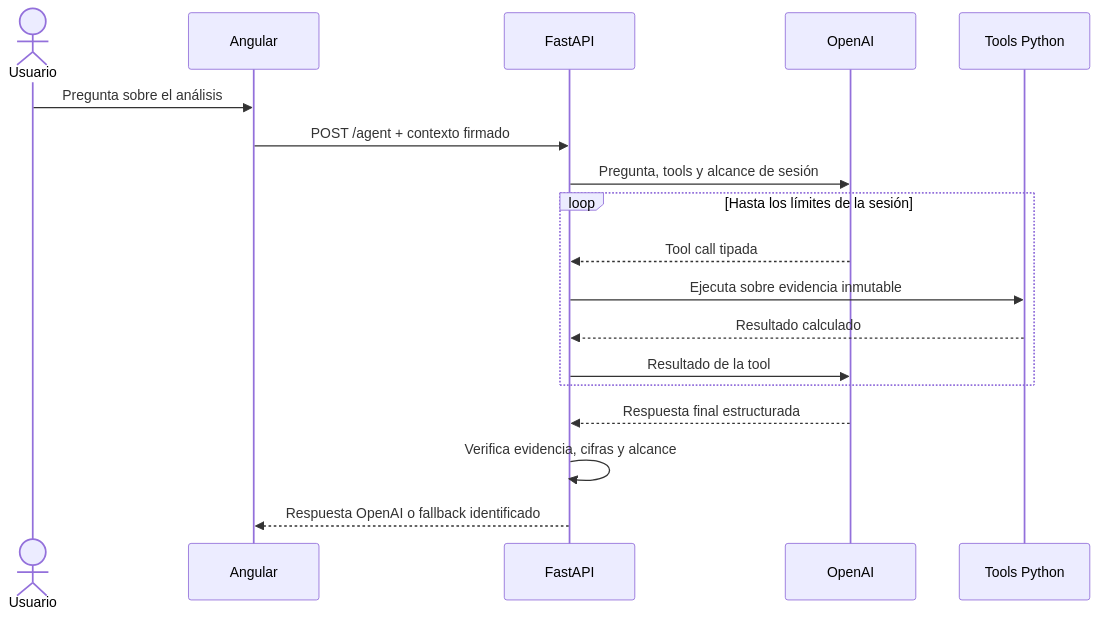
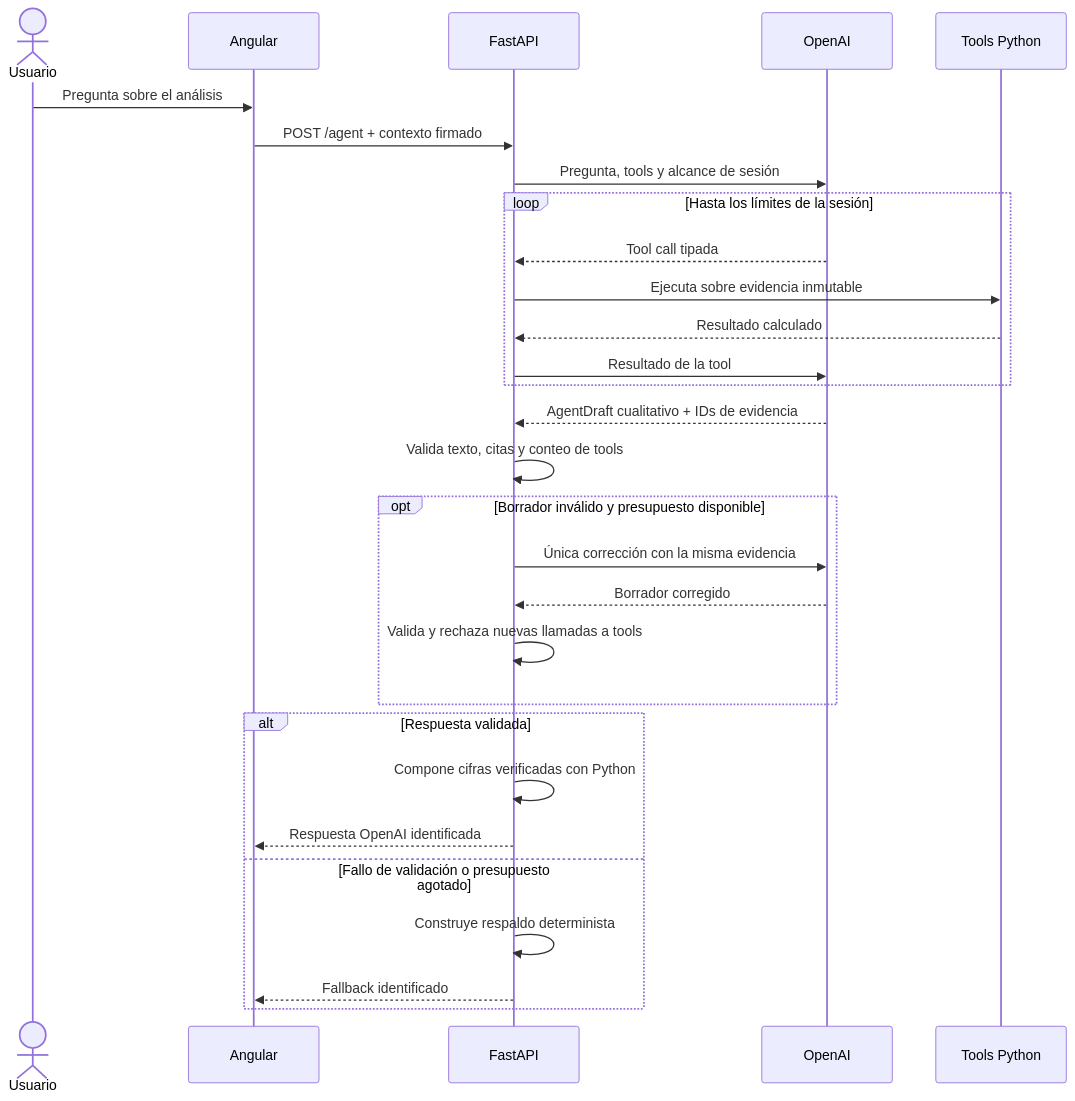
Before and after one commit to ElRubsSan/Corner_Scout: the second of 2 diagrams in backend/README.md, drawn with Mermaid. The commit also changed 1 other file, not shown here.

Commit message:
feat: fix backend render

````diff
--- a/backend/README.md
+++ b/backend/README.md
@@ -101,20 +101,36 @@
 ```mermaid
 sequenceDiagram
     actor U as Usuario
     participant F as Angular
     participant B as FastAPI
     participant O as OpenAI
     participant T as Tools Python
+
     U->>F: Pregunta sobre el análisis
     F->>B: POST /agent + contexto firmado
     B->>O: Pregunta, tools y alcance de sesión
+
     loop Hasta los límites de la sesión
         O-->>B: Tool call tipada
         B->>T: Ejecuta sobre evidencia inmutable
         T-->>B: Resultado calculado
         B->>O: Resultado de la tool
     end
-    O-->>B: Respuesta final estructurada
-    B->>B: Verifica evidencia, cifras y alcance
-    B-->>F: Respuesta OpenAI o fallback identificado
+
+    O-->>B: AgentDraft cualitativo + IDs de evidencia
+    B->>B: Valida texto, citas y conteo de tools
+
+    opt Borrador inválido y presupuesto disponible
+        B->>O: Única corrección con la misma evidencia
+        O-->>B: Borrador corregido
+        B->>B: Valida y rechaza nuevas llamadas a tools
+    end
+
+    alt Respuesta validada
+        B->>B: Compone cifras verificadas con Python
+        B-->>F: Respuesta OpenAI identificada
+    else Fallo de validación o presupuesto agotado
+        B->>B: Construye respaldo determinista
+        B-->>F: Fallback identificado
+    end
 ```
````
